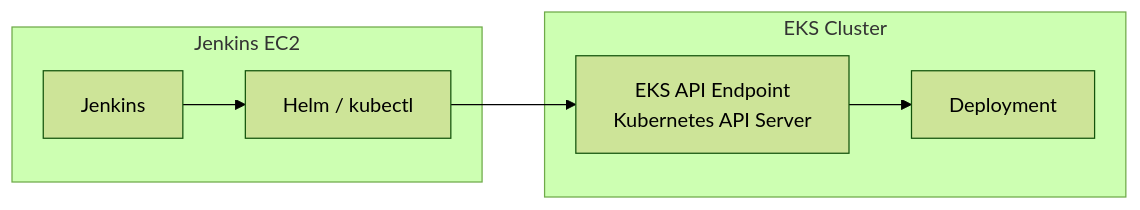
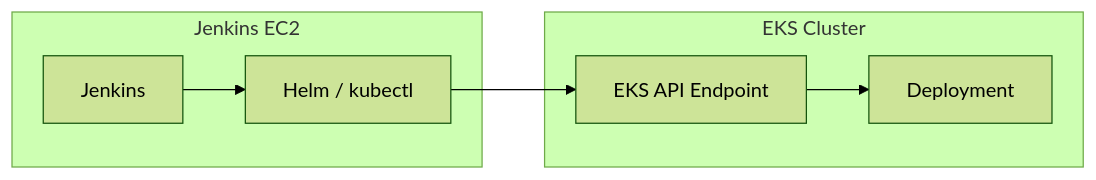
The fourth of 7 diagrams in _posts/2026-08-16-jenkins-eks-deployment-flow.md (jw3418/jw3418.github.io), drawn with Mermaid (forest theme) before and after one commit. The commit also changed other lines of this file, not shown here.

First line of the commit message:
Update Jenkins EKS deployment flow explanation

````diff
--- a/_posts/2026-08-16-jenkins-eks-deployment-flow.md
+++ b/_posts/2026-08-16-jenkins-eks-deployment-flow.md
@@ -143,12 +90,10 @@
 ```mermaid
 flowchart LR
     subgraph EC2["Jenkins EC2"]
         J["Jenkins"] --> K["Helm / kubectl"]
     end
-
-    K --> API["EKS API Endpoint<br/>Kubernetes API Server"]
-
+    K --> API["EKS API Endpoint"]
     subgraph EKS["EKS Cluster"]
         API --> D["Deployment"]
     end
 ```
````
